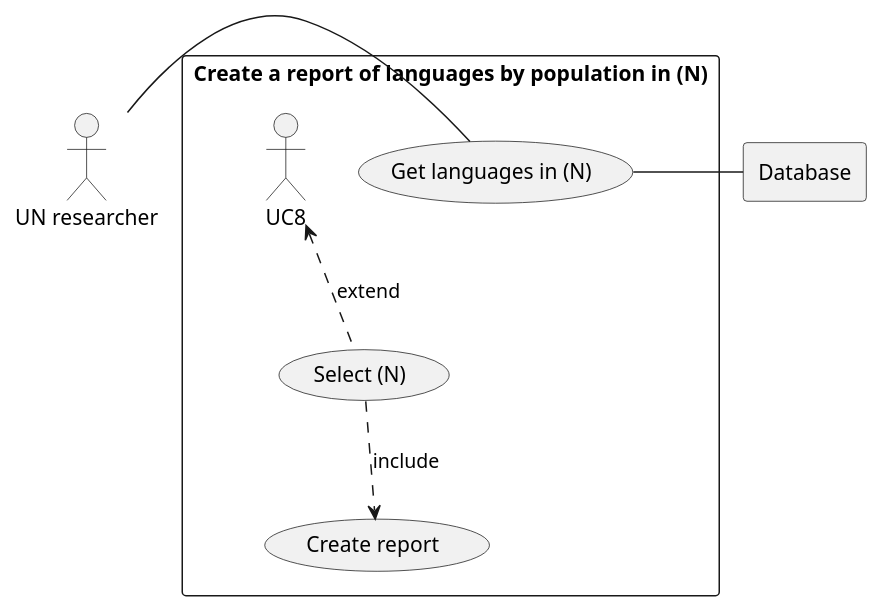
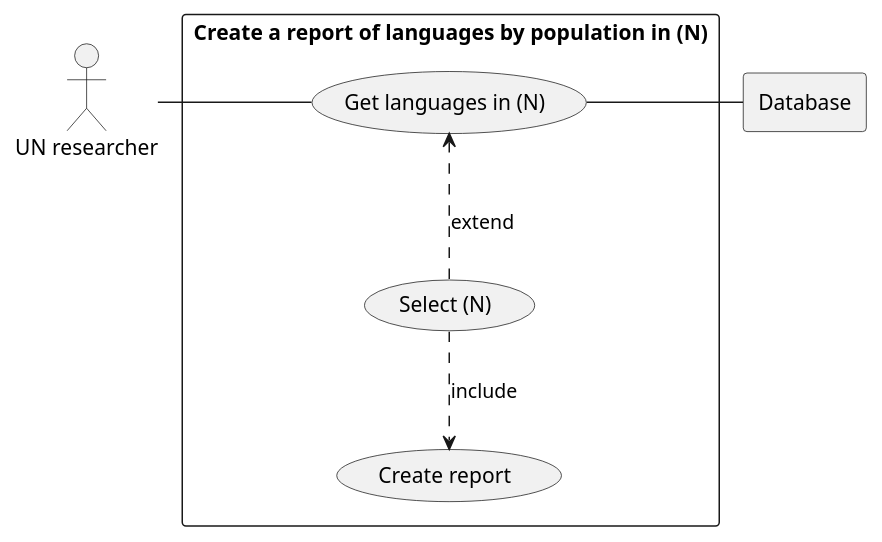
Before and after one commit to KaitlinCarlon/SEM-Project: the diagram in use-cases/diagrams/getLanguagesByUC-Generic.puml, drawn with PlantUML.

Commit message:
fixing an error with Diagram

```diff
--- a/use-cases/diagrams/getLanguagesByUC-Generic.puml
+++ b/use-cases/diagrams/getLanguagesByUC-Generic.puml
@@ -1,18 +1,18 @@
 @startuml
 
 actor UR as "UN researcher"
 
 rectangle Database
 
 rectangle "Create a report of languages by population in (N)" {
     usecase UCG as "Get languages in (N)"
     usecase UCa as "Select (N)"
     usecase UCb as "Create report"
 
     UR - UCG
-    UC8 <.. UCa : extend
+    UCG <.. UCa : extend
     UCa ..> UCb : include
     UCG - Database
 }
 
 @enduml
```
